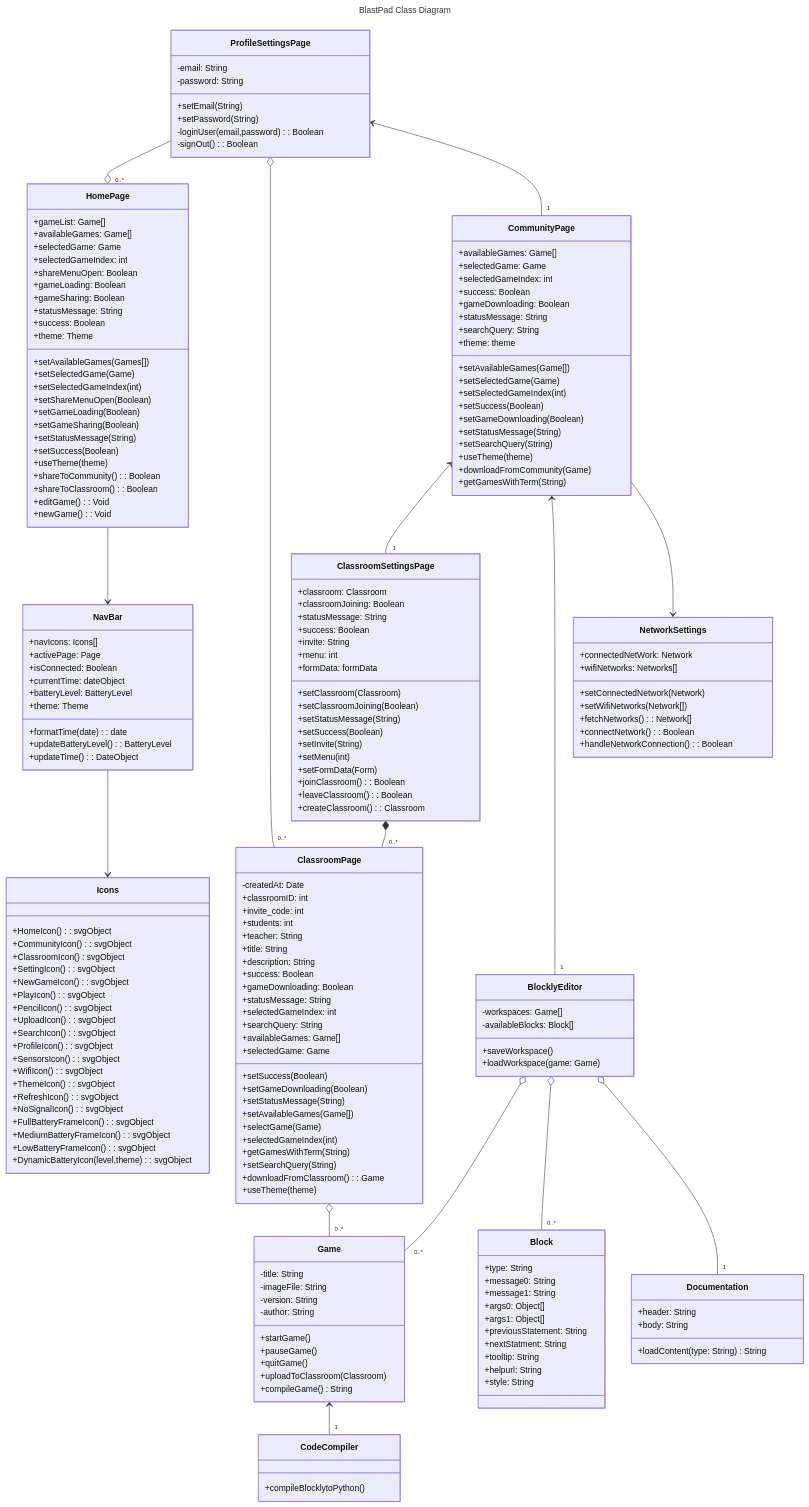
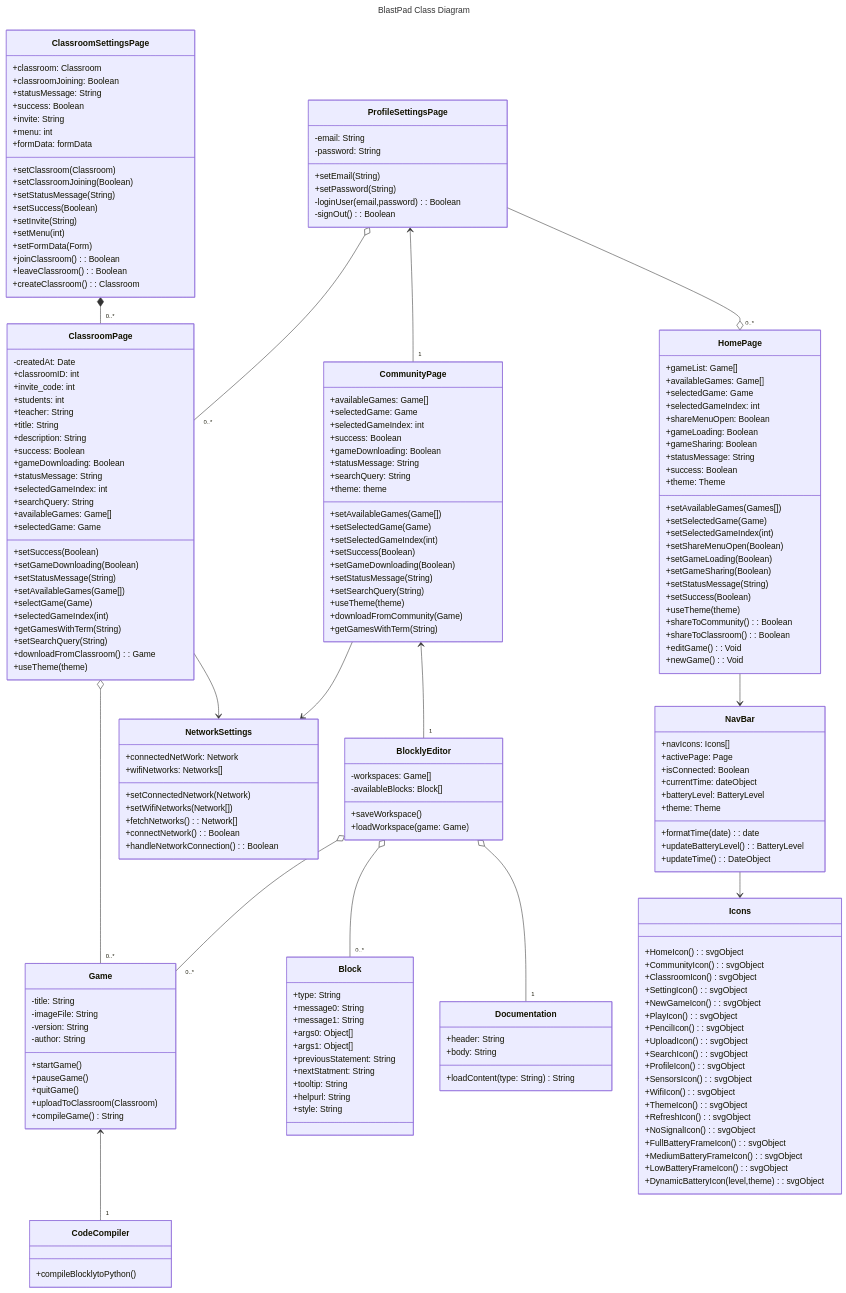
The diagram in documentation/docs/system-architecture/class-diagram.md (Capstone-Projects-2024-Spring/project-blastpad), drawn with Mermaid before and after one commit. The commit also changed other lines of this file, not shown here.

```diff
--- a/documentation/docs/system-architecture/class-diagram.md
+++ b/documentation/docs/system-architecture/class-diagram.md
@@ -15,7 +15,6 @@
 	BlocklyEditor o-- "0..*" Block
 	ProfileSettingsPage o-- "0..*" ClassroomPage
 	BlocklyEditor o-- "1" Documentation
-	CommunityPage <-- "1" ClassroomSettingsPage
 	CommunityPage <-- "1" BlocklyEditor	
 	ClassroomSettingsPage *-- "0..*" ClassroomPage
 	ProfileSettingsPage <-- "1" CommunityPage
@@ -23,6 +22,7 @@
 	Game <-- "1" CodeCompiler
 	NavBar --> Icons
 	HomePage --> NavBar
+	ClassroomPage --> NetworkSettings
 		
     class Game{
         -title: String
```
